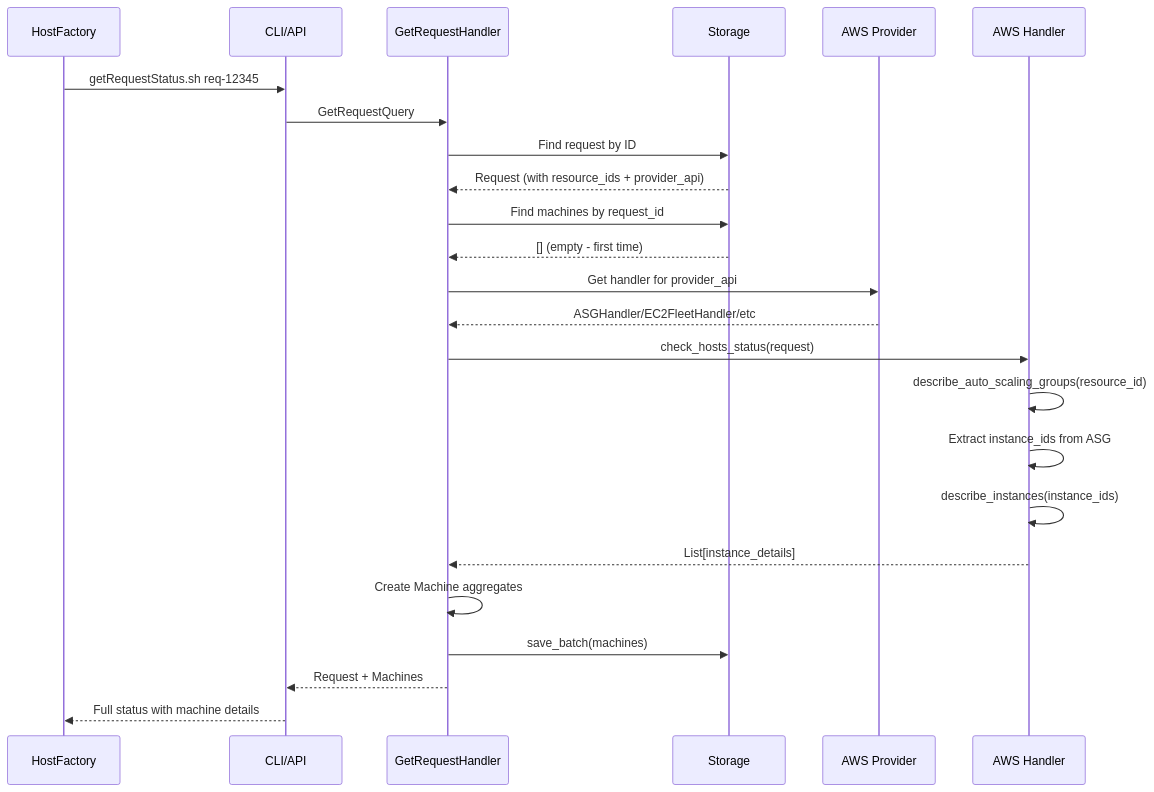
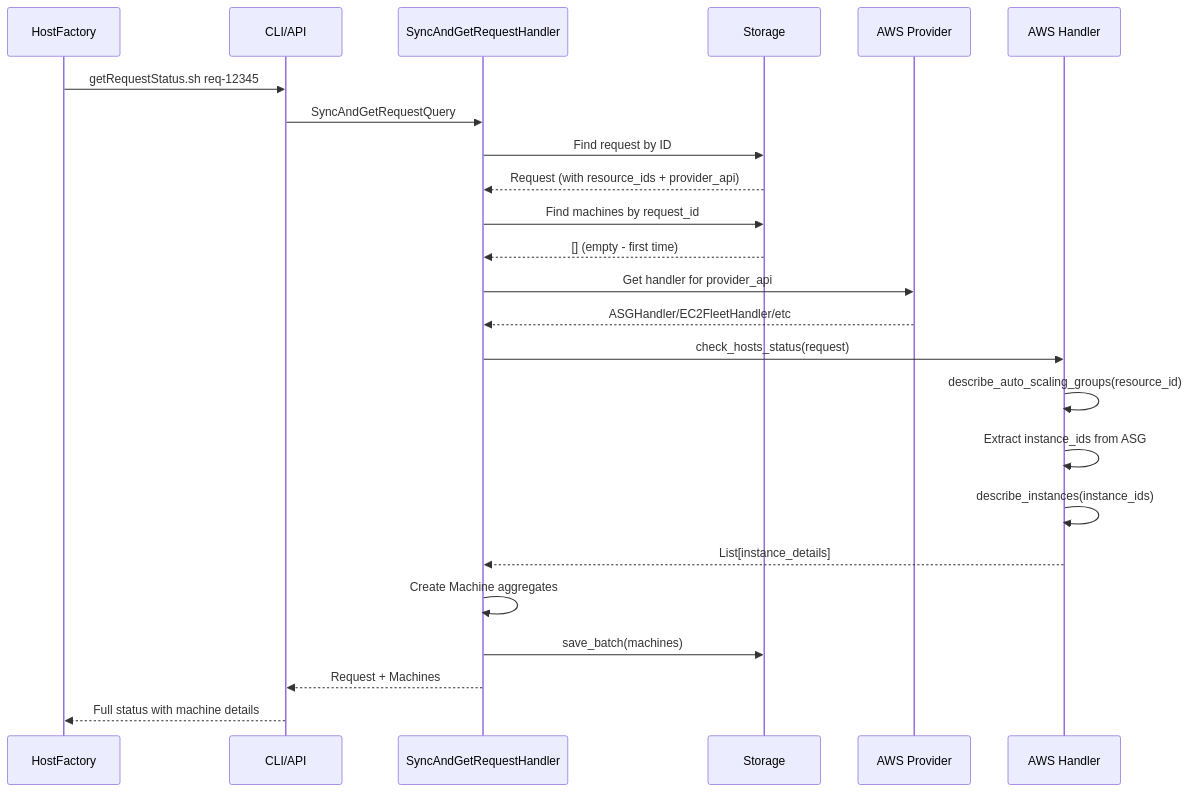
One commit to finos/open-resource-broker changed the second of 2 diagrams in docs/root/architecture/machine-discovery-flow.md. Above: the diagram before and after it, drawn with Mermaid. The commit also changed 8 other files, not shown here.

````diff
--- a/docs/root/architecture/machine-discovery-flow.md
+++ b/docs/root/architecture/machine-discovery-flow.md
@@ -43,30 +43,30 @@
 ```mermaid
 sequenceDiagram
     participant HF as HostFactory
     participant CLI as CLI/API
-    participant QRY as GetRequestHandler
+    participant QRY as SyncAndGetRequestHandler
     participant DB as Storage
     participant AWS as AWS Provider
     participant HAND as AWS Handler
 
     HF->>CLI: getRequestStatus.sh req-12345
-    CLI->>QRY: GetRequestQuery
+    CLI->>QRY: SyncAndGetRequestQuery
     QRY->>DB: Find request by ID
     DB-->>QRY: Request (with resource_ids + provider_api)
     QRY->>DB: Find machines by request_id
     DB-->>QRY: [] (empty - first time)
 
     QRY->>AWS: Get handler for provider_api
     AWS-->>QRY: ASGHandler/EC2FleetHandler/etc
     QRY->>HAND: check_hosts_status(request)
     HAND->>HAND: describe_auto_scaling_groups(resource_id)
     HAND->>HAND: Extract instance_ids from ASG
     HAND->>HAND: describe_instances(instance_ids)
     HAND-->>QRY: List[instance_details]
 
     QRY->>QRY: Create Machine aggregates
     QRY->>DB: save_batch(machines)
 
     QRY-->>CLI: Request + Machines
     CLI-->>HF: Full status with machine details
 ```
````
